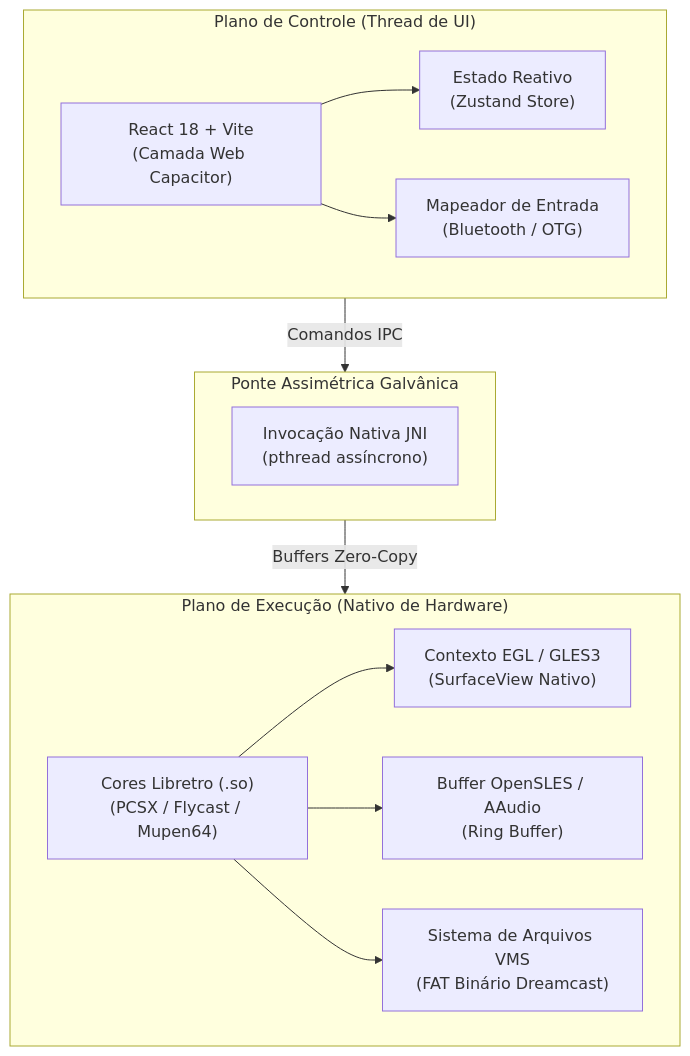
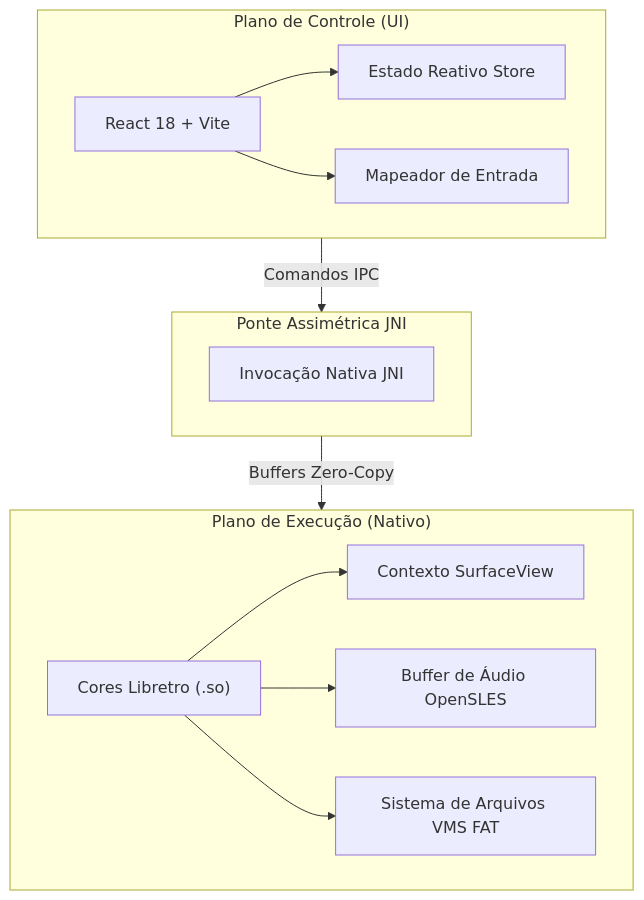
One commit to welzim19-star/capivara-emu changed the diagram in README.pt-BR.md. Above: the diagram before and after it, drawn with Mermaid. The commit also changed 1 other file, not shown here.

Commit message:
fix(diagram): streamline Mermaid node labels to eliminate clipping

````diff
--- a/README.pt-BR.md
+++ b/README.pt-BR.md
@@ -24,28 +24,28 @@
 ```mermaid
 flowchart TD
-    subgraph UI_PLANE["Plano de Controle (Thread de UI)"]
-        UI["React 18 + Vite<br/>(Camada Web Capacitor)"]
-        State["Estado Reativo<br/>(Zustand Store)"]
-        BT["Mapeador de Entrada<br/>(Bluetooth / OTG)"]
+    subgraph UI_PLANE["Plano de Controle (UI)"]
+        UI["React 18 + Vite"]
+        State["Estado Reativo Store"]
+        BT["Mapeador de Entrada"]
         UI --> State
         UI --> BT
     end
 
-    subgraph JNI_BRIDGE["Ponte Assimétrica Galvânica"]
-        Bridge["Invocação Nativa JNI<br/>(pthread assíncrono)"]
+    subgraph JNI_BRIDGE["Ponte Assimétrica JNI"]
+        Bridge["Invocação Nativa JNI"]
     end
 
-    subgraph ENGINE_PLANE["Plano de Execução (Nativo de Hardware)"]
-        Core["Cores Libretro (.so)<br/>(PCSX / Flycast / Mupen64)"]
-        EGL["Contexto EGL / GLES3<br/>(SurfaceView Nativo)"]
-        Audio["Buffer OpenSLES / AAudio<br/>(Ring Buffer)"]
-        VMS["Sistema de Arquivos VMS<br/>(FAT Binário Dreamcast)"]
+    subgraph ENGINE_PLANE["Plano de Execução (Nativo)"]
+        Core["Cores Libretro (.so)"]
+        EGL["Contexto SurfaceView"]
+        Audio["Buffer de Áudio OpenSLES"]
+        VMS["Sistema de Arquivos VMS FAT"]
         
         Core --> EGL
         Core --> Audio
         Core --> VMS
     end
 
     UI_PLANE -- "Comandos IPC" --> JNI_BRIDGE
     JNI_BRIDGE -- "Buffers Zero-Copy" --> ENGINE_PLANE
 ```
````
